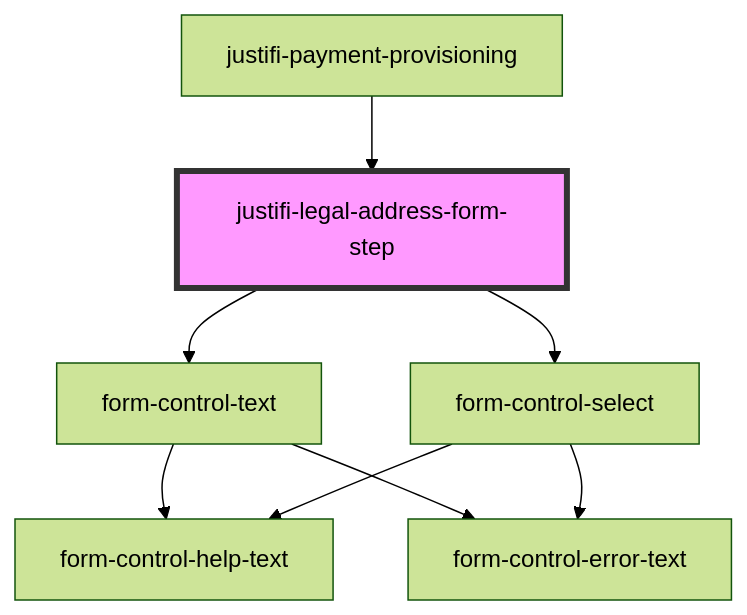
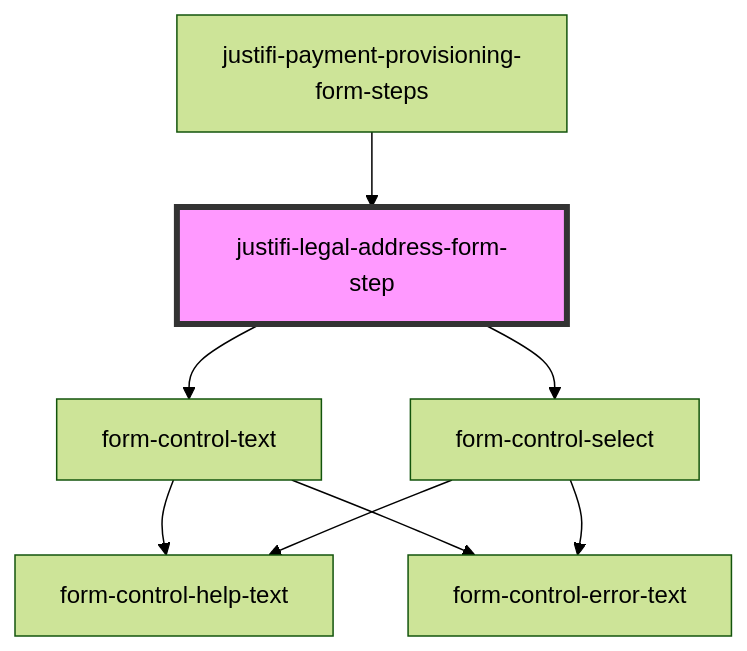
The diagram in packages/webcomponents/src/components/business-forms/payment-provisioning/legal-address-form/readme.md (justifi-tech/web-component-library), drawn with Mermaid (forest theme) before and after one commit. The commit also changed other lines of this file and 5 other files, not shown here.

````diff
--- a/packages/webcomponents/src/components/business-forms/payment-provisioning/legal-address-form/readme.md
+++ b/packages/webcomponents/src/components/business-forms/payment-provisioning/legal-address-form/readme.md
@@ -57,11 +57,11 @@
 ```mermaid
 graph TD;
   justifi-legal-address-form-step --> form-control-text
   justifi-legal-address-form-step --> form-control-select
   form-control-text --> form-control-help-text
   form-control-text --> form-control-error-text
   form-control-select --> form-control-help-text
   form-control-select --> form-control-error-text
-  justifi-payment-provisioning --> justifi-legal-address-form-step
+  justifi-payment-provisioning-form-steps --> justifi-legal-address-form-step
   style justifi-legal-address-form-step fill:#f9f,stroke:#333,stroke-width:4px
 ```
````
